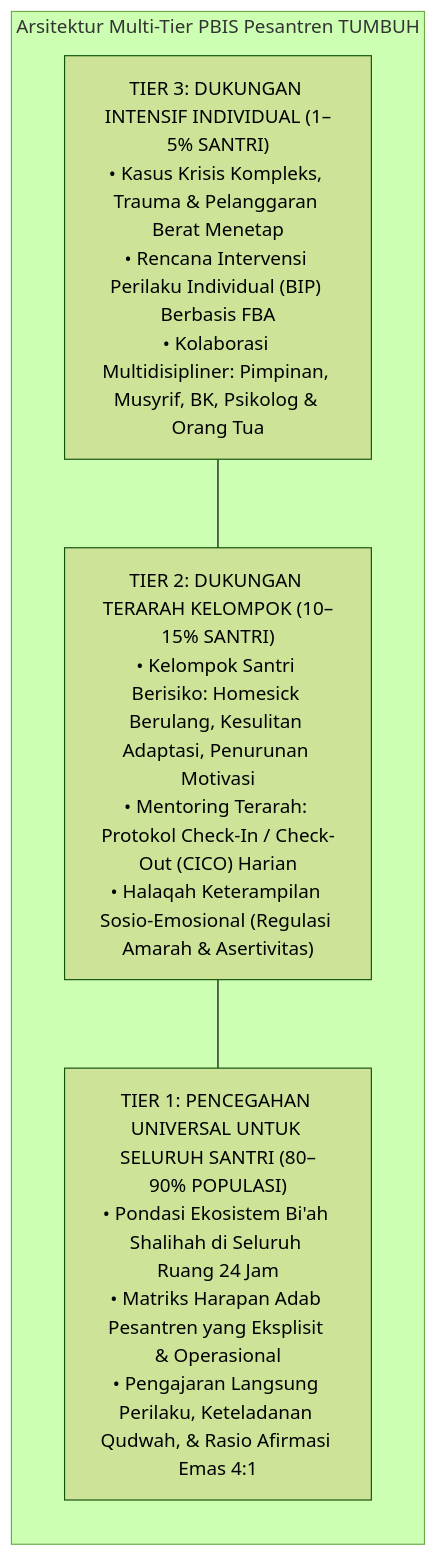
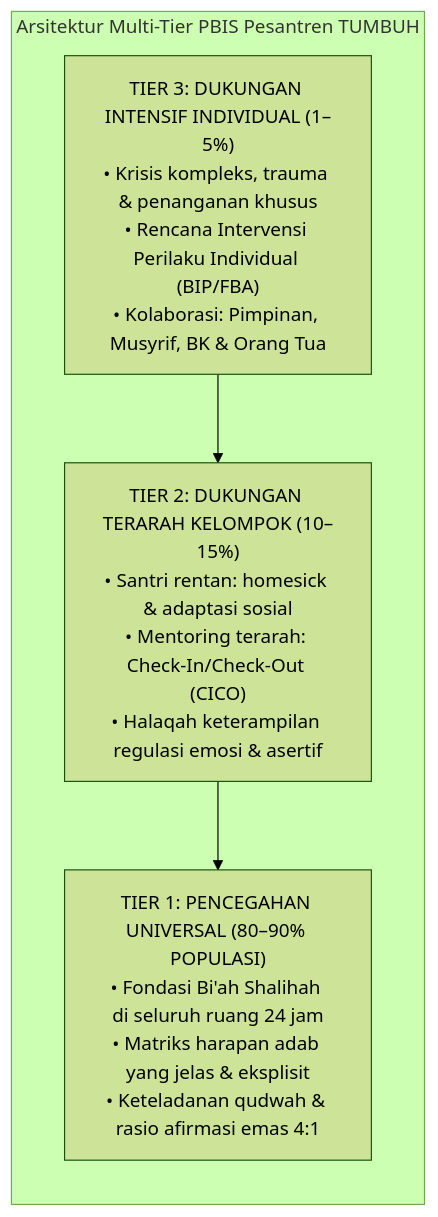
Before and after one commit to wandiapriliyandi/tumbuh: the first of 3 diagrams in BOOK Series 1/01-The-Fundamental-of-TUMBUH/Bab-18-Arsitektur-Intervensi-Bertingkat-PBIS-Pesantren.md, drawn with Mermaid (forest theme). The commit also changed 35 other files, not shown here.

Commit message:
fix(book-01): optimasi keterbacaan diagram mermaid pada seluruh bab dan perbarui 20 file PDF

````diff
--- a/BOOK Series 1/01-The-Fundamental-of-TUMBUH/Bab-18-Arsitektur-Intervensi-Bertingkat-PBIS-Pesantren.md
+++ b/BOOK Series 1/01-The-Fundamental-of-TUMBUH/Bab-18-Arsitektur-Intervensi-Bertingkat-PBIS-Pesantren.md
@@ -35,15 +35,12 @@
 ```mermaid
 graph TD
     subgraph PIRAMIDA_INTERVENSI_BERTINGKAT["Arsitektur Multi-Tier PBIS Pesantren TUMBUH"]
         direction TB
         
-        T3["TIER 3: DUKUNGAN INTENSIF INDIVIDUAL (1–5% SANTRI)<br/>• Kasus Krisis Kompleks, Trauma & Pelanggaran Berat Menetap<br/>• Rencana Intervensi Perilaku Individual (BIP) Berbasis FBA<br/>• Kolaborasi Multidisipliner: Pimpinan, Musyrif, BK, Psikolog & Orang Tua"]
+        T3["TIER 3: DUKUNGAN INTENSIF INDIVIDUAL (1–5%)<br/>• Krisis kompleks, trauma & penanganan khusus<br/>• Rencana Intervensi Perilaku Individual (BIP/FBA)<br/>• Kolaborasi: Pimpinan, Musyrif, BK & Orang Tua"]
         
-        T2["TIER 2: DUKUNGAN TERARAH KELOMPOK (10–15% SANTRI)<br/>• Kelompok Santri Berisiko: Homesick Berulang, Kesulitan Adaptasi, Penurunan Motivasi<br/>• Mentoring Terarah: Protokol Check-In / Check-Out (CICO) Harian<br/>• Halaqah Keterampilan Sosio-Emosional (Regulasi Amarah & Asertivitas)"]
+        --> T2["TIER 2: DUKUNGAN TERARAH KELOMPOK (10–15%)<br/>• Santri rentan: homesick & adaptasi sosial<br/>• Mentoring terarah: Check-In/Check-Out (CICO)<br/>• Halaqah keterampilan regulasi emosi & asertif"]
         
-        T1["TIER 1: PENCEGAHAN UNIVERSAL UNTUK SELURUH SANTRI (80–90% POPULASI)<br/>• Pondasi Ekosistem Bi'ah Shalihah di Seluruh Ruang 24 Jam<br/>• Matriks Harapan Adab Pesantren yang Eksplisit & Operasional<br/>• Pengajaran Langsung Perilaku, Keteladanan Qudwah, & Rasio Afirmasi Emas 4:1"]
-        
-        T3 --- T2
-        T2 --- T1
+        --> T1["TIER 1: PENCEGAHAN UNIVERSAL (80–90% POPULASI)<br/>• Fondasi Bi'ah Shalihah di seluruh ruang 24 jam<br/>• Matriks harapan adab yang jelas & eksplisit<br/>• Keteladanan qudwah & rasio afirmasi emas 4:1"]
     end
 ```
````
